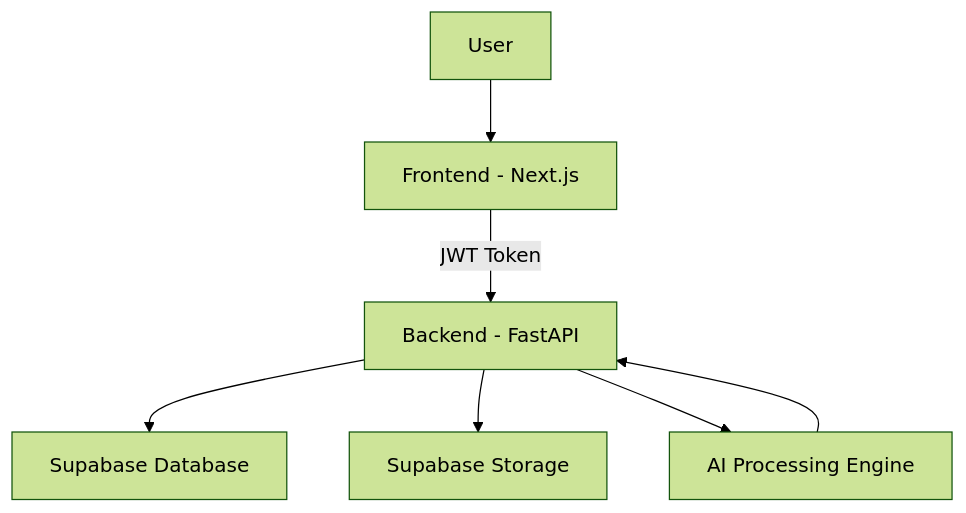
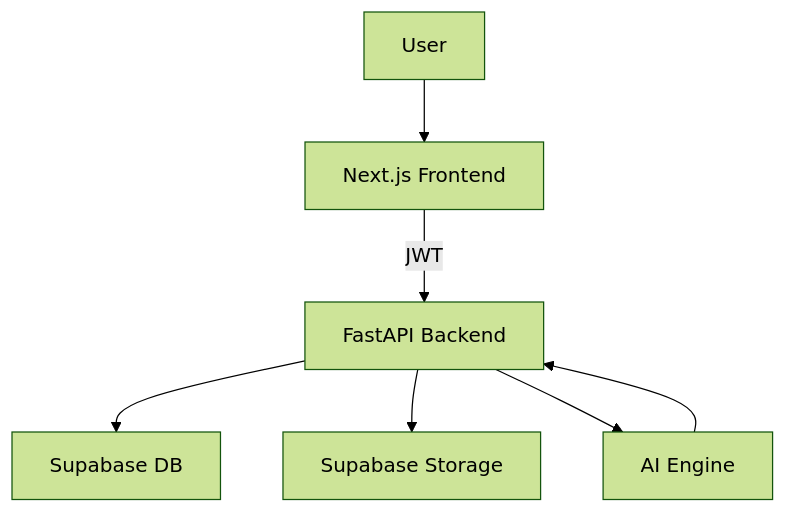
Before and after one commit to sufiyan1406/ALIA---Ai-Life-Admin-Assistant: the diagram in README.md, drawn with Mermaid (forest theme). The commit also changed other lines of this file, not shown here.

````diff
--- a/README.md
+++ b/README.md
@@ -64,9 +72,9 @@
 ```mermaid
 flowchart TD
-    A[User] --> B[Frontend - Next.js]
-    B -->|JWT Token| C[Backend - FastAPI]
-    C --> D[Supabase Database]
+    A[User] --> B[Next.js Frontend]
+    B -->|JWT| C[FastAPI Backend]
+    C --> D[Supabase DB]
     C --> E[Supabase Storage]
-    C --> F[AI Processing Engine]
+    C --> F[AI Engine]
     F --> C
 ```
````
